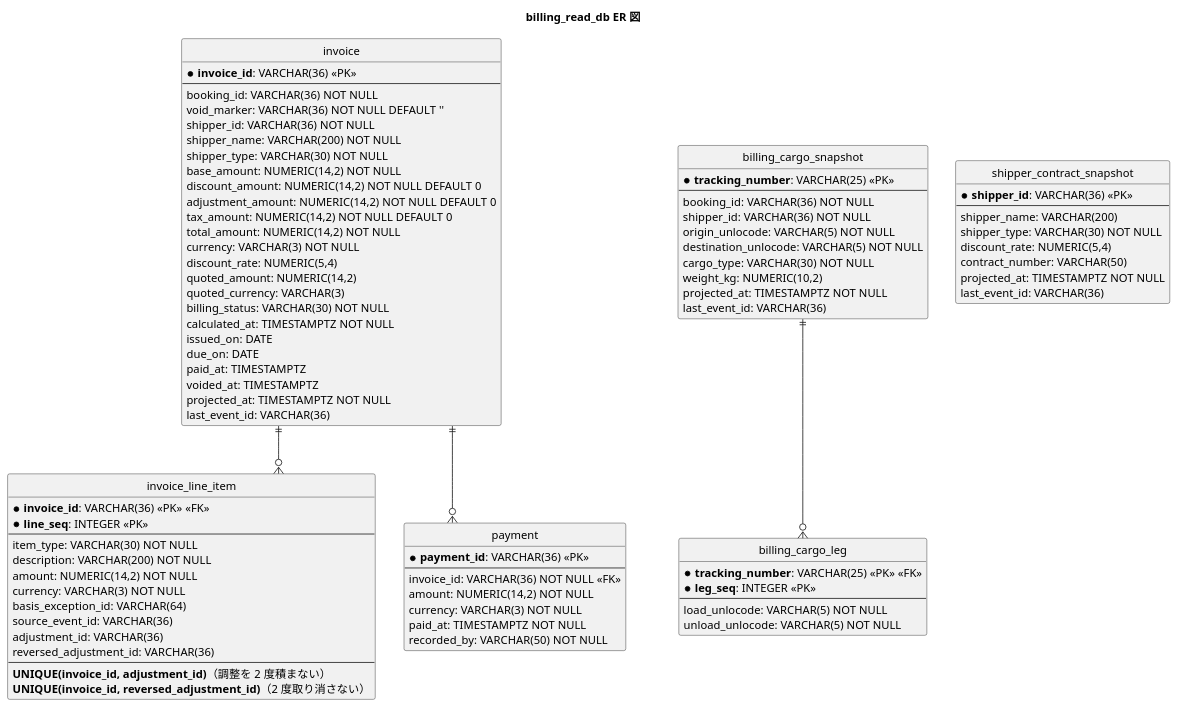
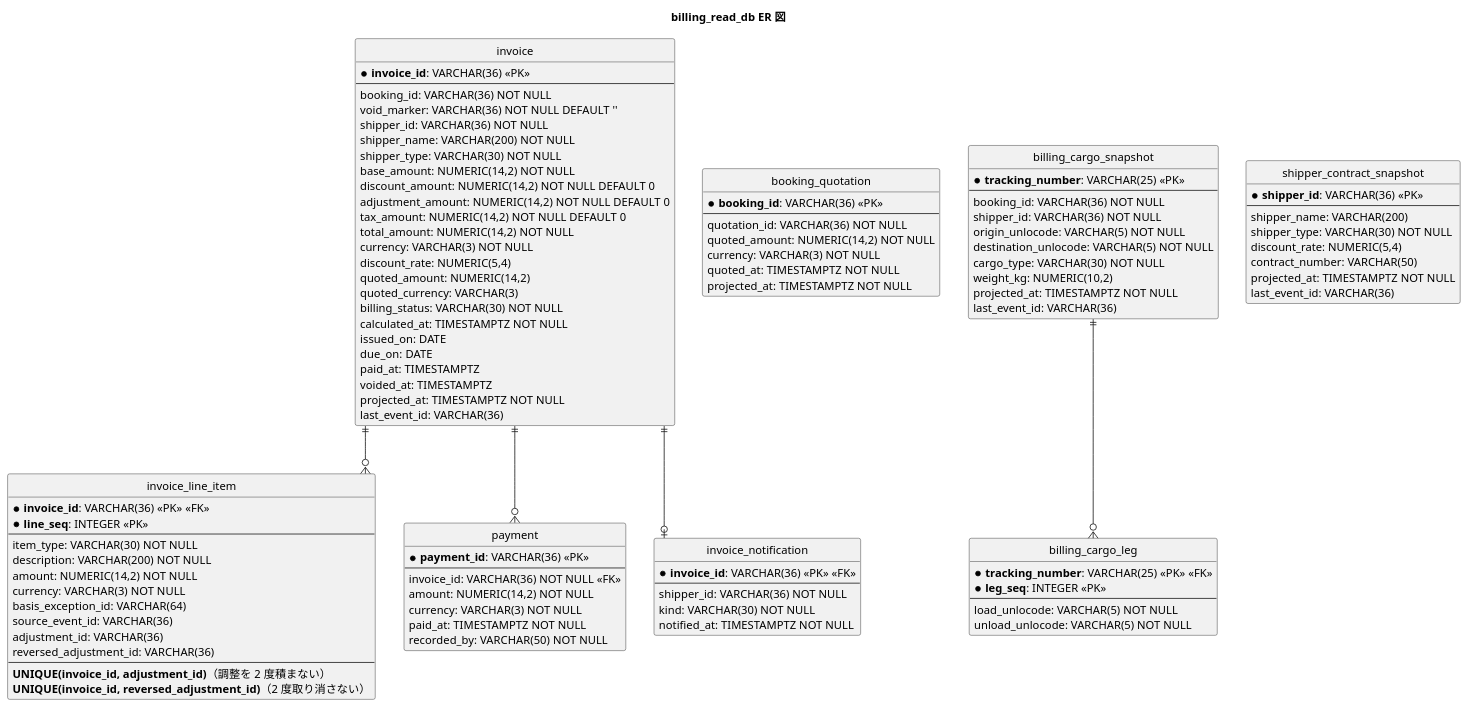
Before and after one commit to k2works/case-study-cargo-tracker: the eighth of 10 diagrams in docs/design/cargo-tracker/data-model.md, drawn with PlantUML. The commit also changed other lines of this file and 26 other files, not shown here.

````diff
--- a/docs/design/cargo-tracker/data-model.md
+++ b/docs/design/cargo-tracker/data-model.md
@@ -720,6 +722,24 @@
   recorded_by: VARCHAR(50) NOT NULL
 }
 
+entity "invoice_notification" as inv_note {
+  * **invoice_id**: VARCHAR(36) <<PK>> <<FK>>
+  --
+  shipper_id: VARCHAR(36) NOT NULL
+  kind: VARCHAR(30) NOT NULL
+  notified_at: TIMESTAMPTZ NOT NULL
+}
+
+entity "booking_quotation" as bq {
+  * **booking_id**: VARCHAR(36) <<PK>>
+  --
+  quotation_id: VARCHAR(36) NOT NULL
+  quoted_amount: NUMERIC(14,2) NOT NULL
+  currency: VARCHAR(3) NOT NULL
+  quoted_at: TIMESTAMPTZ NOT NULL
+  projected_at: TIMESTAMPTZ NOT NULL
+}
+
 entity "billing_cargo_snapshot" as bcs {
   * **tracking_number**: VARCHAR(25) <<PK>>
   --
@@ -754,6 +774,7 @@
 
 inv ||--o{ li
 inv ||--o{ pay
+inv ||--o| inv_note
 bcs ||--o{ bcl
 @enduml
 ```
````
